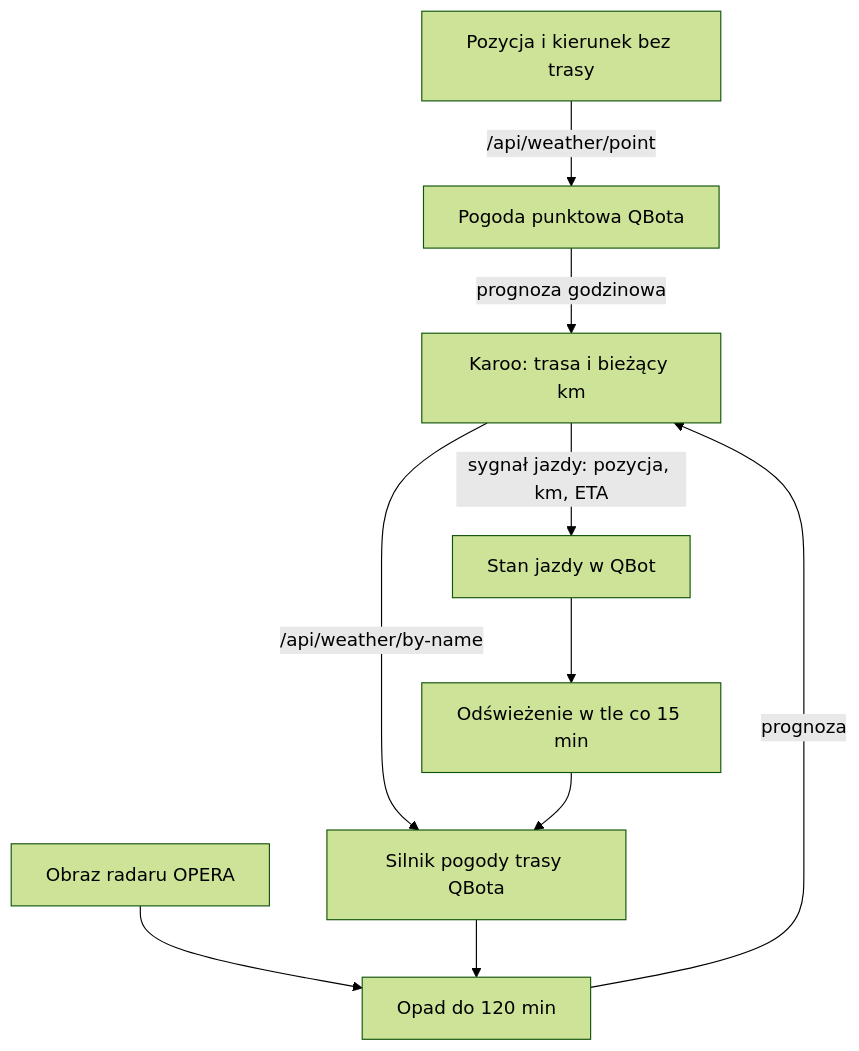
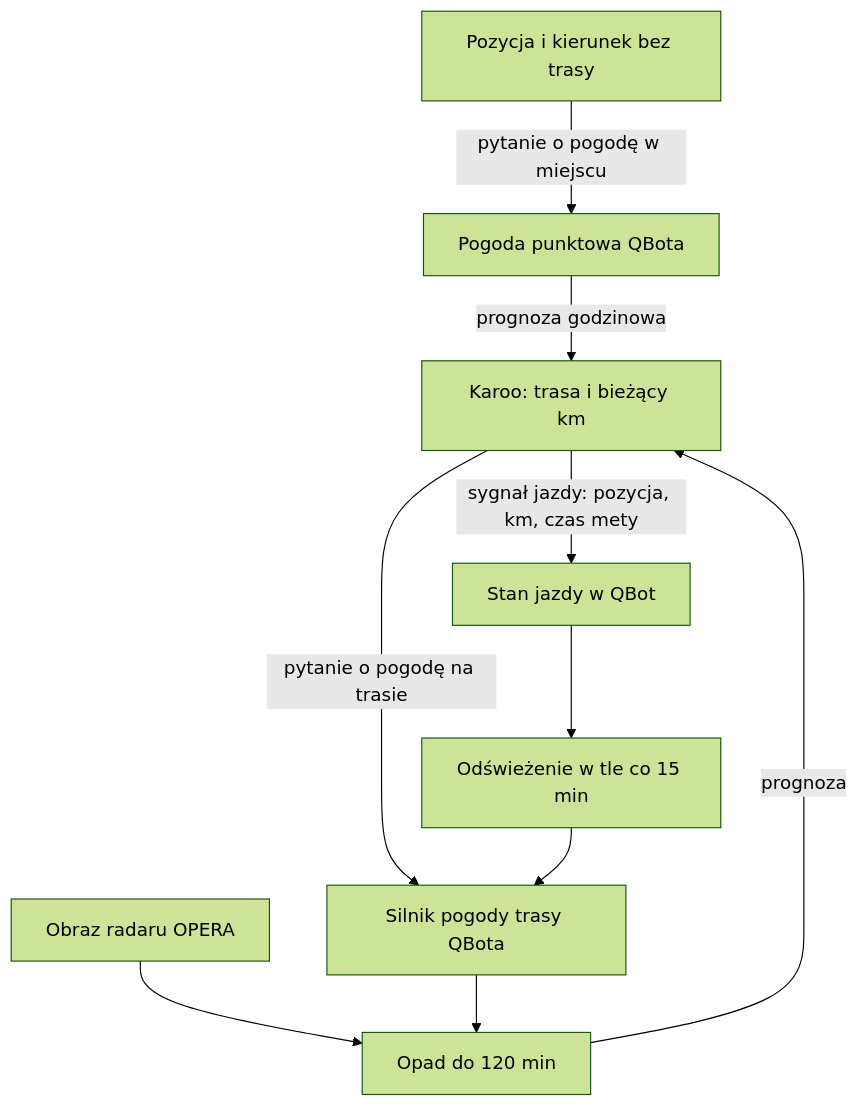
One commit to QbotMS/QbotQ changed the diagram in docs/wiki/qext2/pogoda-info.md. Above: the diagram before and after it, drawn with Mermaid (forest theme). The commit also changed other lines of this file and 153 other files, not shown here.

````diff
--- a/docs/wiki/qext2/pogoda-info.md
+++ b/docs/wiki/qext2/pogoda-info.md
@@ -40,12 +40,12 @@
 ```mermaid
 flowchart TD
-  Karoo[Karoo: trasa i bieżący km] -->|/api/weather/by-name| Route[Silnik pogody trasy QBota]
-  Karoo -->|sygnał jazdy: pozycja, km, ETA| State[Stan jazdy w QBot]
+  Karoo[Karoo: trasa i bieżący km] -->|pytanie o pogodę na trasie| Route[Silnik pogody trasy QBota]
+  Karoo -->|sygnał jazdy: pozycja, km, czas mety| State[Stan jazdy w QBot]
   State --> Loop[Odświeżenie w tle co 15 min]
   Loop --> Route
   Radar[Obraz radaru OPERA] --> Blend[Opad do 120 min]
   Route --> Blend
   Blend -->|prognoza| Karoo
-  Point[Pozycja i kierunek bez trasy] -->|/api/weather/point| Conditions[Pogoda punktowa QBota]
+  Point[Pozycja i kierunek bez trasy] -->|pytanie o pogodę w miejscu| Conditions[Pogoda punktowa QBota]
   Conditions -->|prognoza godzinowa| Karoo
 ```
````
